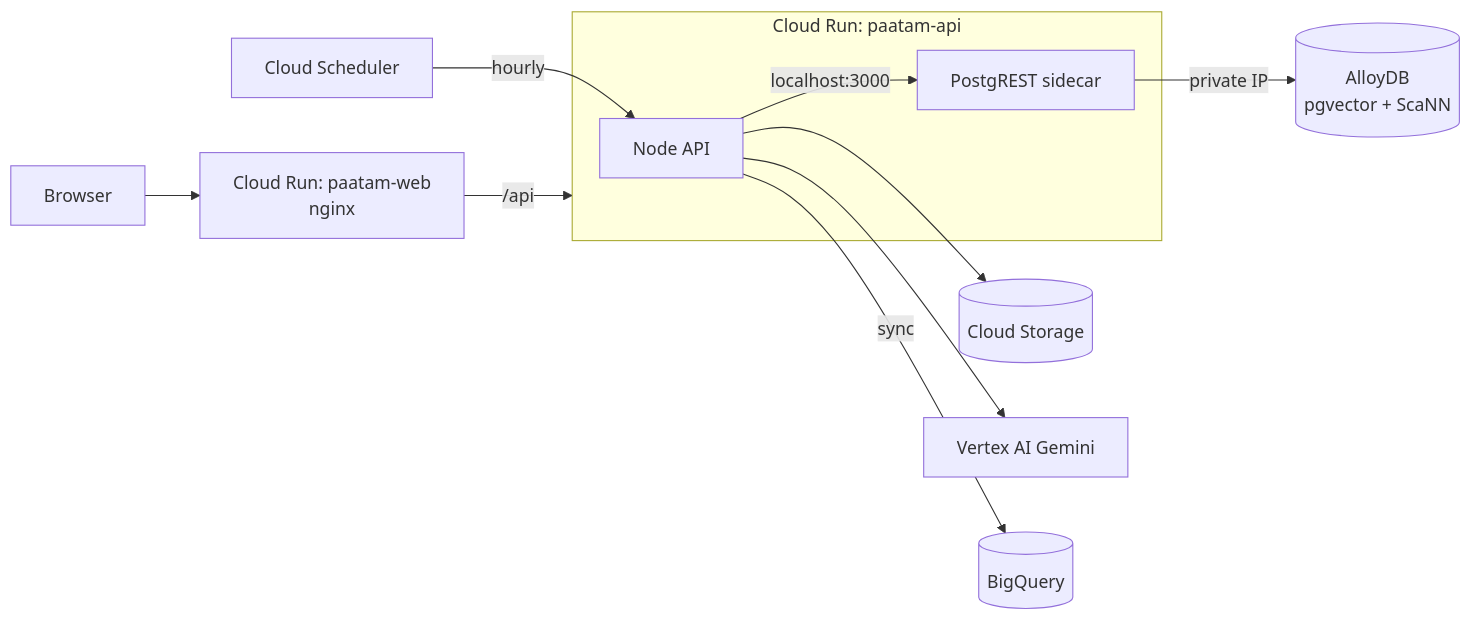
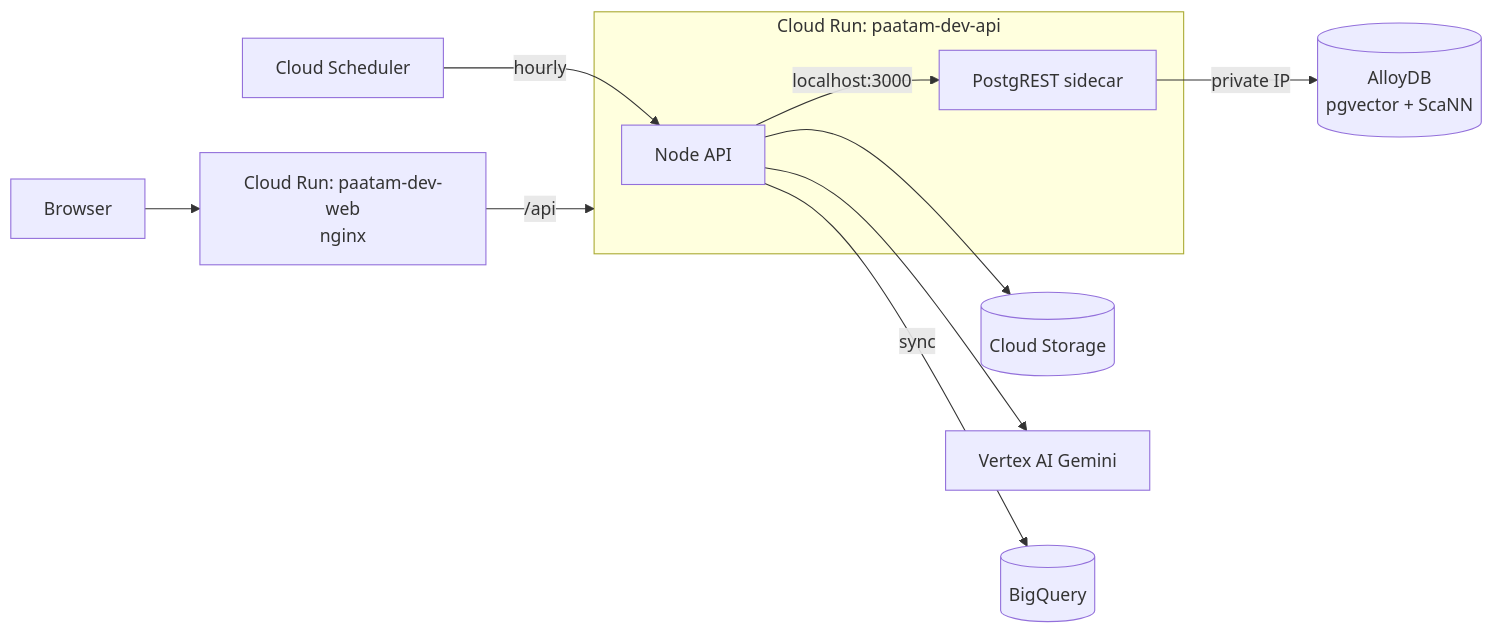
Before and after one commit to PAATAM-AI/Paatam: the diagram in infra/README.md, drawn with Mermaid. The commit also changed other lines of this file and 6 other files, not shown here.

First line of the commit message:
infra: run the replica next to existing Paatam resources without changing them

````diff
--- a/infra/README.md
+++ b/infra/README.md
@@ -16,13 +16,13 @@
 ```mermaid
 flowchart LR
-  U[Browser] --> W[Cloud Run: paatam-web<br/>nginx]
-  W -- /api --> A[Cloud Run: paatam-api]
-  subgraph A [Cloud Run: paatam-api]
+  U[Browser] --> W[Cloud Run: paatam-dev-web<br/>nginx]
+  W -- /api --> A[Cloud Run: paatam-dev-api]
+  subgraph A [Cloud Run: paatam-dev-api]
     API[Node API] -- localhost:3000 --> PG[PostgREST sidecar]
   end
   PG -- private IP --> DB[(AlloyDB<br/>pgvector + ScaNN)]
   API --> GCS[(Cloud Storage)]
   API --> V[Vertex AI Gemini]
   API -- sync --> BQ[(BigQuery)]
   S[Cloud Scheduler] -- hourly --> API
 ```
````
